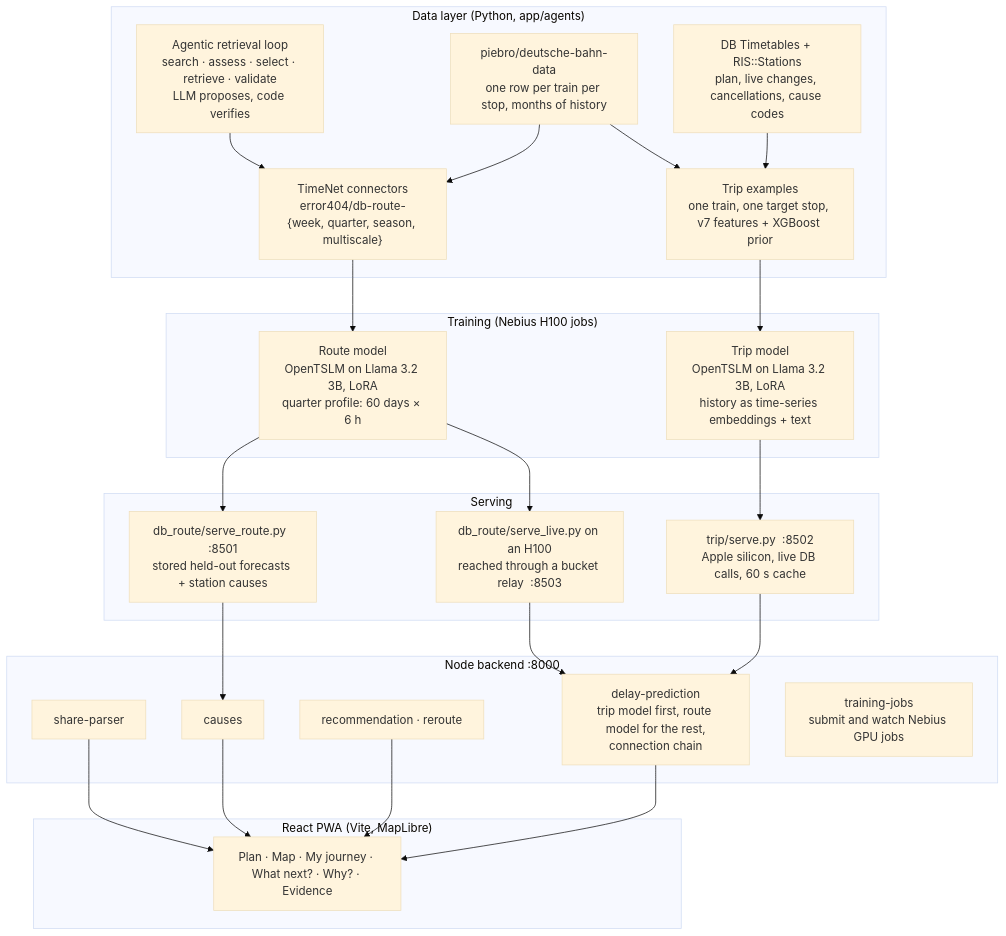
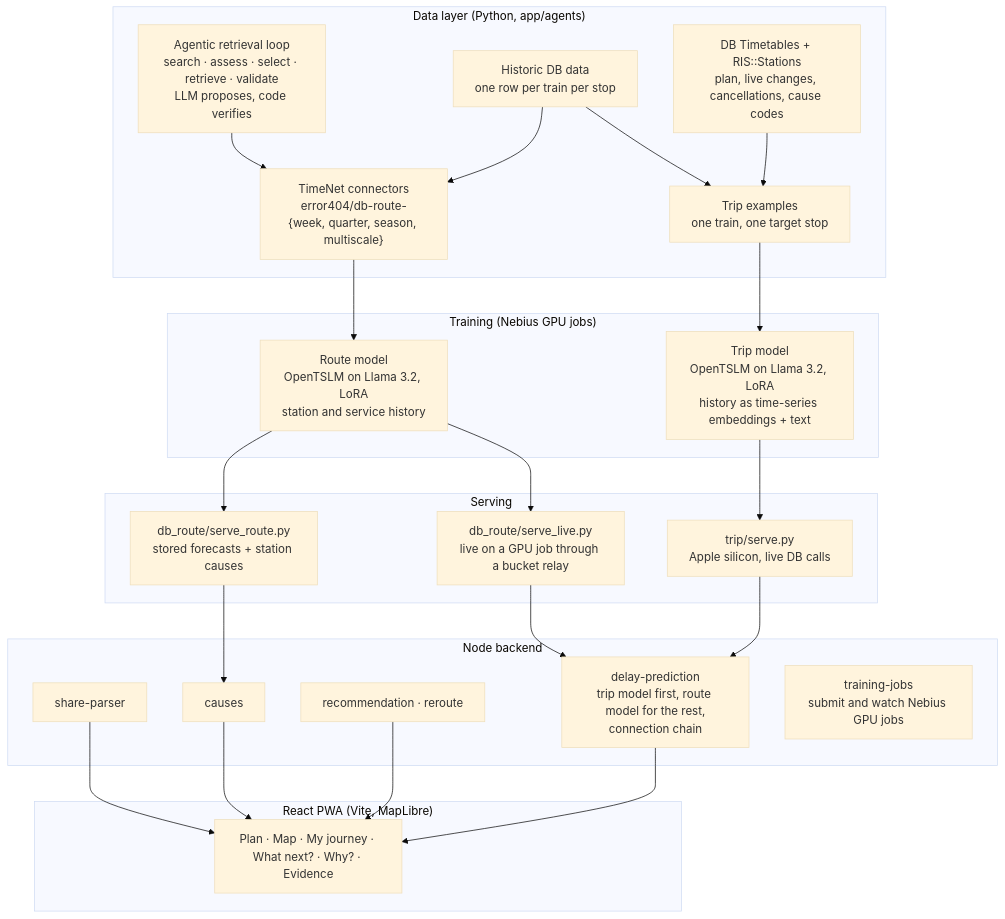
One commit to KiraKami-dev/delayed_bahn changed the second of 3 diagrams in README.md. Above: the diagram before and after it, drawn with Mermaid (base theme). The commit also changed other lines of this file and 9 other files, not shown here.

````diff
--- a/README.md
+++ b/README.md
@@ -110,50 +107,50 @@
 ```mermaid
 flowchart TB
   subgraph Data["Data layer  (Python, app/agents)"]
     R["Agentic retrieval loop<br/>search · assess · select · retrieve · validate<br/>LLM proposes, code verifies"]
-    H["piebro/deutsche-bahn-data<br/>one row per train per stop, months of history"]
+    H["Historic DB data<br/>one row per train per stop"]
     L["DB Timetables + RIS::Stations<br/>plan, live changes, cancellations, cause codes"]
     C["TimeNet connectors<br/>error404/db-route-{week, quarter, season, multiscale}"]
-    E["Trip examples<br/>one train, one target stop, v7 features + XGBoost prior"]
+    E["Trip examples<br/>one train, one target stop"]
     R --> C
     H --> C
     H --> E
     L --> E
   end
 
-  subgraph Train["Training  (Nebius H100 jobs)"]
-    T1["Trip model<br/>OpenTSLM on Llama 3.2 3B, LoRA<br/>history as time-series embeddings + text"]
-    T2["Route model<br/>OpenTSLM on Llama 3.2 3B, LoRA<br/>quarter profile: 60 days × 6 h"]
+  subgraph Train["Training  (Nebius GPU jobs)"]
+    T1["Trip model<br/>OpenTSLM on Llama 3.2, LoRA<br/>history as time-series embeddings + text"]
+    T2["Route model<br/>OpenTSLM on Llama 3.2, LoRA<br/>station and service history"]
     E --> T1
     C --> T2
   end
 
   subgraph Serve["Serving"]
-    S1["trip/serve.py  :8502<br/>Apple silicon, live DB calls, 60 s cache"]
-    S2["db_route/serve_route.py  :8501<br/>stored held-out forecasts + station causes"]
-    S3["db_route/serve_live.py on an H100<br/>reached through a bucket relay  :8503"]
+    S1["trip/serve.py<br/>Apple silicon, live DB calls"]
+    S2["db_route/serve_route.py<br/>stored forecasts + station causes"]
+    S3["db_route/serve_live.py<br/>live on a GPU job through a bucket relay"]
     T1 --> S1
     T2 --> S2
     T2 --> S3
   end
 
-  subgraph Backend["Node backend  :8000"]
+  subgraph Backend["Node backend"]
     P["share-parser"]
     D["delay-prediction<br/>trip model first, route model for the rest,<br/>connection chain"]
     A["recommendation · reroute"]
     W["causes"]
     J["training-jobs<br/>submit and watch Nebius GPU jobs"]
   end
 
   subgraph App["React PWA  (Vite, MapLibre)"]
     U["Plan · Map · My journey · What next? · Why? · Evidence"]
   end
 
   S1 --> D
   S3 --> D
   S2 --> W
   P --> U
   D --> U
   A --> U
   W --> U
 ```
````
